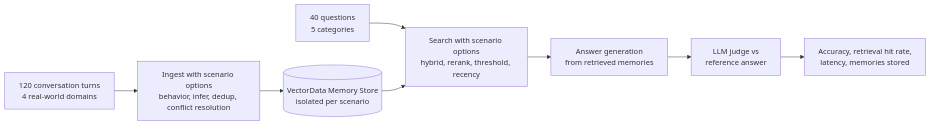
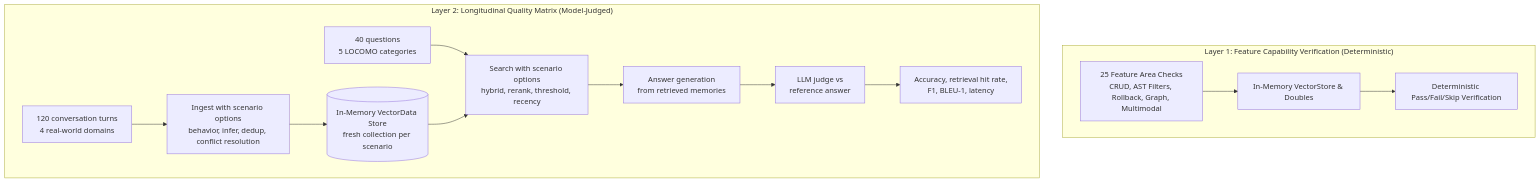
Before and after one commit to jihadkhawaja/magicore: the diagram in docs/evaluation.md, drawn with Mermaid. The commit also changed 5 other files, not shown here.

First line of the commit message:
feat(eval): upgrade evaluation suite with capability checks, in-memory VectorData runner, and 4-domain benchmark

````diff
--- a/docs/evaluation.md
+++ b/docs/evaluation.md
@@ -11,10 +11,18 @@
 ```mermaid
-flowchart LR
-    A[120 conversation turns<br/>4 real-world domains] --> B[Ingest with scenario options<br/>behavior, infer, dedup, conflict resolution]
-    B --> C[(VectorData Memory Store<br/>isolated per scenario)]
-    D[40 questions<br/>5 categories] --> E[Search with scenario options<br/>hybrid, rerank, threshold, recency]
-    C --> E
-    E --> F[Answer generation<br/>from retrieved memories]
-    F --> G[LLM judge vs<br/>reference answer]
-    G --> H[Accuracy, retrieval hit rate,<br/>latency, memories stored]
+flowchart TD
+    subgraph L1["Layer 1: Feature Capability Verification (Deterministic)"]
+        direction LR
+        C1[25 Feature Area Checks<br/>CRUD, AST Filters, Rollback, Graph, Multimodal] --> C2[In-Memory VectorStore & Doubles] --> C3[Deterministic Pass/Fail/Skip Verification]
+    end
+
+    subgraph L2["Layer 2: Longitudinal Quality Matrix (Model-Judged)"]
+        direction LR
+        A[120 conversation turns<br/>4 real-world domains] --> B[Ingest with scenario options<br/>behavior, infer, dedup, conflict resolution]
+        B --> C[(In-Memory VectorData Store<br/>fresh collection per scenario)]
+        D[40 questions<br/>5 LOCOMO categories] --> E[Search with scenario options<br/>hybrid, rerank, threshold, recency]
+        C --> E
+        E --> F[Answer generation<br/>from retrieved memories]
+        F --> G[LLM judge vs<br/>reference answer]
+        G --> H[Accuracy, retrieval hit rate,<br/>F1, BLEU-1, latency]
+    end
 ```
````
